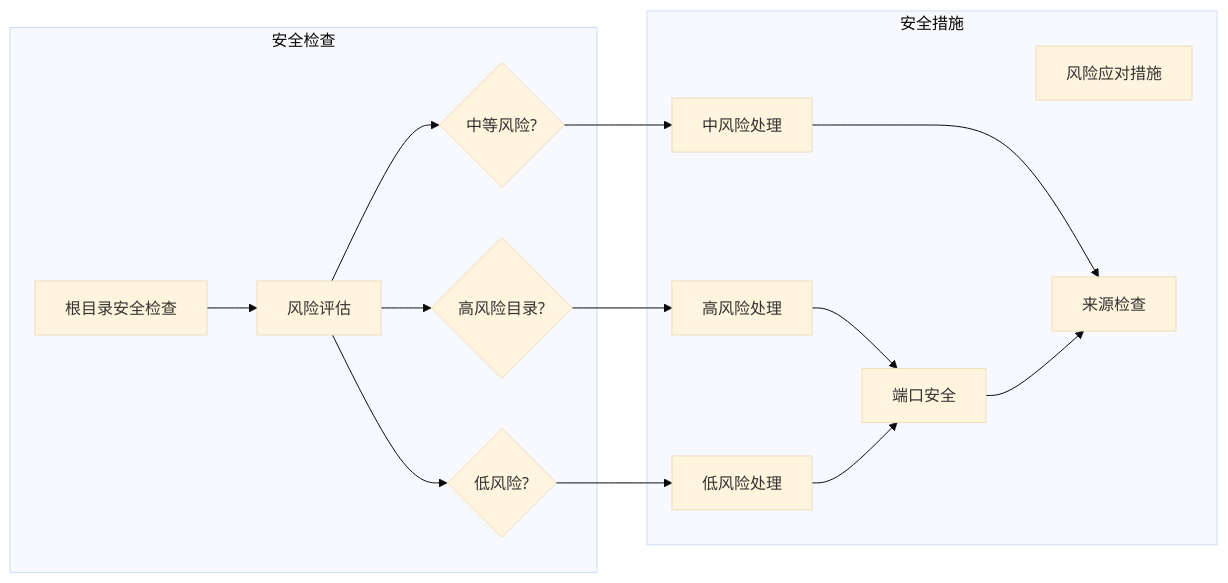
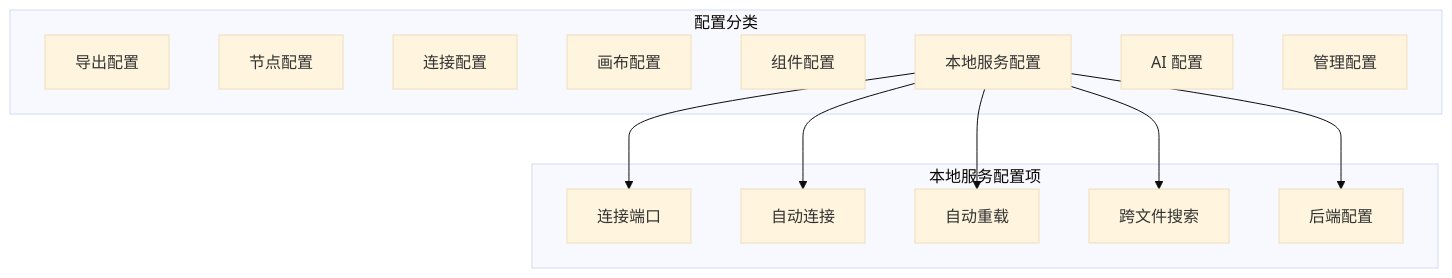
The eighth of 9 diagrams in .qoder/repowiki/zh/content/用户界面/面板系统/配置面板/本地服务配置区域.md (kqcoxn/MaaPipelineEditor), drawn with Mermaid (base theme) before and after one commit. The commit also changed other lines of this file and 50 other files, not shown here.

````diff
--- a/.qoder/repowiki/zh/content/用户界面/面板系统/配置面板/本地服务配置区域.md
+++ b/.qoder/repowiki/zh/content/用户界面/面板系统/配置面板/本地服务配置区域.md
@@ -314,29 +339,25 @@
 ```mermaid
-flowchart LR
-subgraph "安全检查"
-RootCheck[根目录安全检查]
-RiskAssessment[风险评估]
-HighRisk{高风险目录?}
-MediumRisk{中等风险?}
-LowRisk{低风险?}
+graph TD
+subgraph "配置分类"
+Export[导出配置]
+Node[节点配置]
+Connection[连接配置]
+Canvas[画布配置]
+Component[组件配置]
+LocalService[本地服务配置]
+AI[AI 配置]
+Management[管理配置]
 end
-subgraph "安全措施"
-RiskActions[风险应对措施]
-HighActions[高风险处理]
-MediumActions[中风险处理]
-LowActions[低风险处理]
-PortSecurity[端口安全]
-OriginCheck[来源检查]
+subgraph "本地服务配置项"
+WsPort[连接端口]
+WsAutoConnect[自动连接]
+FileAutoReload[自动重载]
+EnableCrossFileSearch[跨文件搜索]
+BackendConfig[后端配置]
 end
-RootCheck --> RiskAssessment
-RiskAssessment --> HighRisk
-RiskAssessment --> MediumRisk
-RiskAssessment --> LowRisk
-HighRisk --> HighActions
-MediumRisk --> MediumActions
-LowRisk --> LowActions
-HighActions --> PortSecurity
-MediumActions --> OriginCheck
-LowActions --> PortSecurity
-PortSecurity --> OriginCheck
+LocalService --> WsPort
+LocalService --> WsAutoConnect
+LocalService --> FileAutoReload
+LocalService --> EnableCrossFileSearch
+LocalService --> BackendConfig
 ```
````
